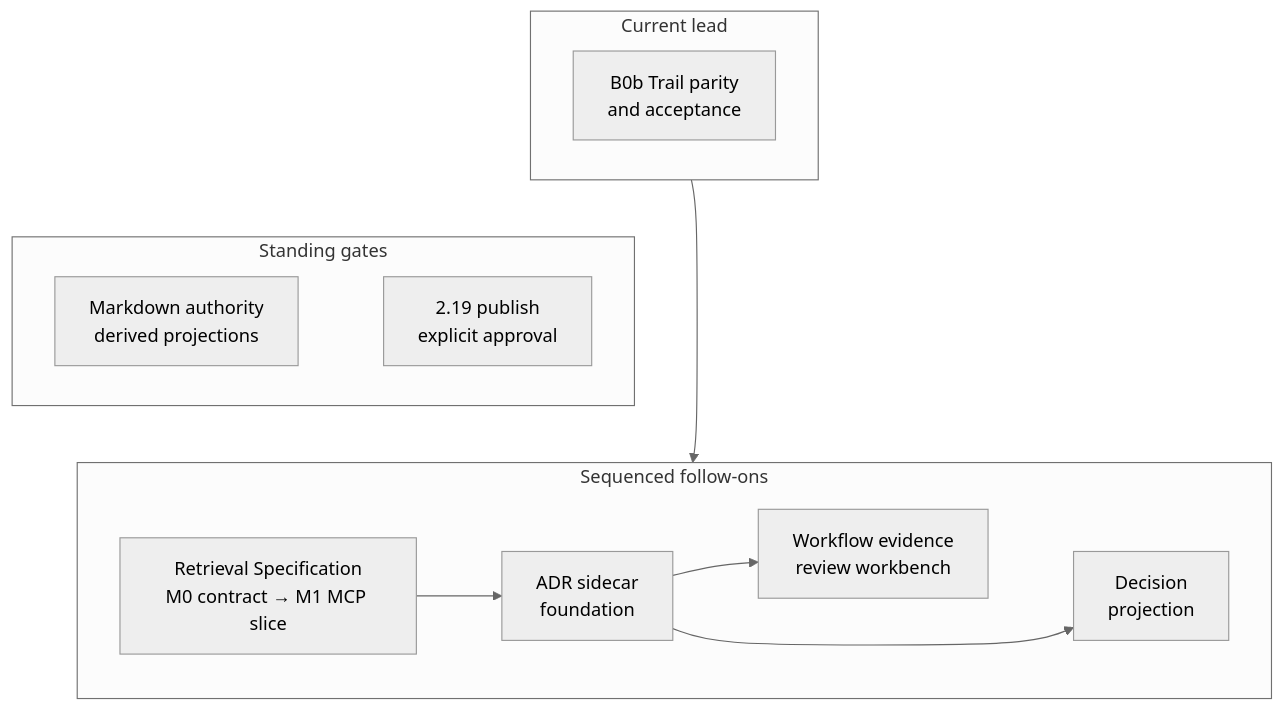
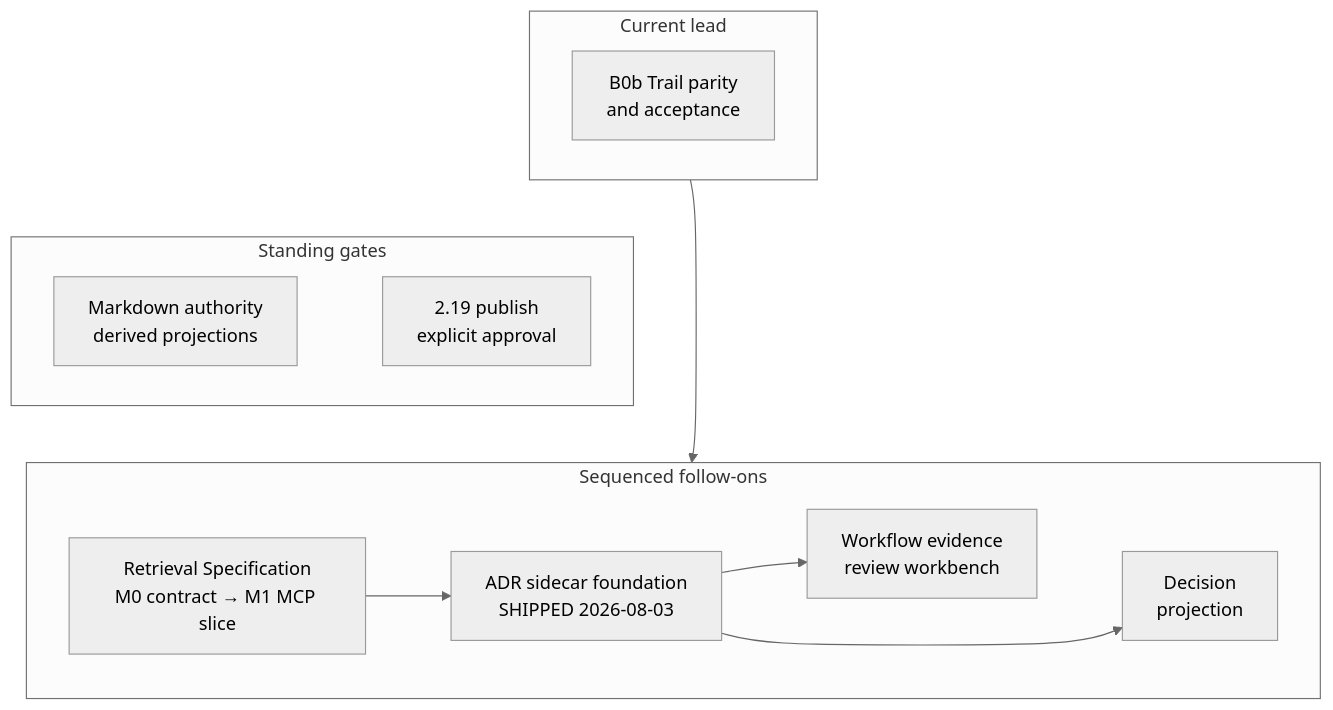
Diagram 25 of 25 in docs/3_Spec/functionality-audit.md (jnl-tshi/memory-seed), drawn with Mermaid (neutral theme) before and after one commit. The commit also changed other lines of this file and 27 other files, not shown here.

Commit message:
feat: dogfood and ship living ADR sidecar Memory-Entry: mse_17d0qqh34a07qp5b Memory-Entry: mse_pk1bmeaqzsvbzfe3

````diff
--- a/docs/3_Spec/functionality-audit.md
+++ b/docs/3_Spec/functionality-audit.md
@@ -1221,23 +1222,23 @@
 ```mermaid
 graph TD
   subgraph CurrentTier["Current lead"]
     direction LR
     B0B["B0b Trail parity<br>and acceptance"]
   end
   subgraph GuardTier["Standing gates"]
     direction LR
     QUALITY["Markdown authority<br>derived projections"] ~~~ RELEASE["2.19 publish<br>explicit approval"]
   end
   subgraph FollowOnTier["Sequenced follow-ons"]
     direction LR
     RETSPEC["Retrieval Specification<br>M0 contract → M1 MCP slice"]
-    SEM["ADR sidecar<br>foundation"] ~~~ REVIEW["Workflow evidence<br>review workbench"] ~~~ PROJ["Decision<br>projection"]
+    SEM["ADR sidecar foundation<br>SHIPPED 2026-08-03"] ~~~ REVIEW["Workflow evidence<br>review workbench"] ~~~ PROJ["Decision<br>projection"]
   end
   CurrentTier ~~~ GuardTier
   GuardTier ~~~ FollowOnTier
   B0B ~~~ RETSPEC
   RETSPEC --> SEM
   B0B --> SEM
   SEM --> REVIEW
   SEM --> PROJ
 ```
````
